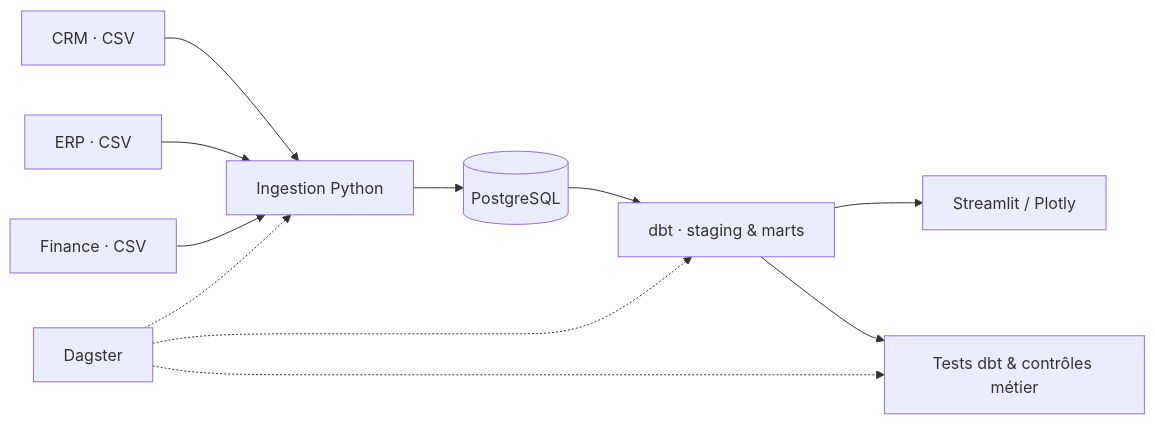
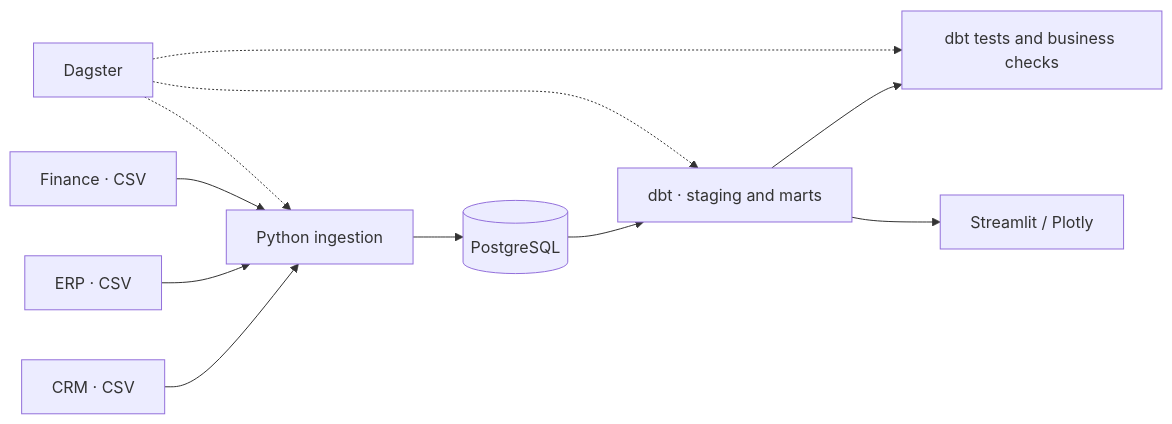
One commit to fadel-santiago/mini-data-platform changed the diagram in README.md. Above: the diagram before and after it, drawn with Mermaid. The commit also changed other lines of this file and 6 other files, not shown here.

````diff
--- a/README.md
+++ b/README.md
@@ -77,15 +52,13 @@
 ```mermaid
 flowchart LR
-    CRM["CRM · CSV"] --> ING["Ingestion Python"]
+    CRM["CRM · CSV"] --> ING["Python ingestion"]
     ERP["ERP · CSV"] --> ING
     FIN["Finance · CSV"] --> ING
-
     ING --> DB[("PostgreSQL")]
-    DB --> DBT["dbt · staging & marts"]
-    DBT --> KPI["Streamlit / Plotly"]
-    DBT --> QA["Tests dbt & contrôles métier"]
-
+    DB --> DBT["dbt · staging and marts"]
+    DBT --> QA["dbt tests and business checks"]
+    DBT --> BI["Streamlit / Plotly"]
     DAG["Dagster"] -.-> ING
     DAG -.-> DBT
     DAG -.-> QA
 ```
````
